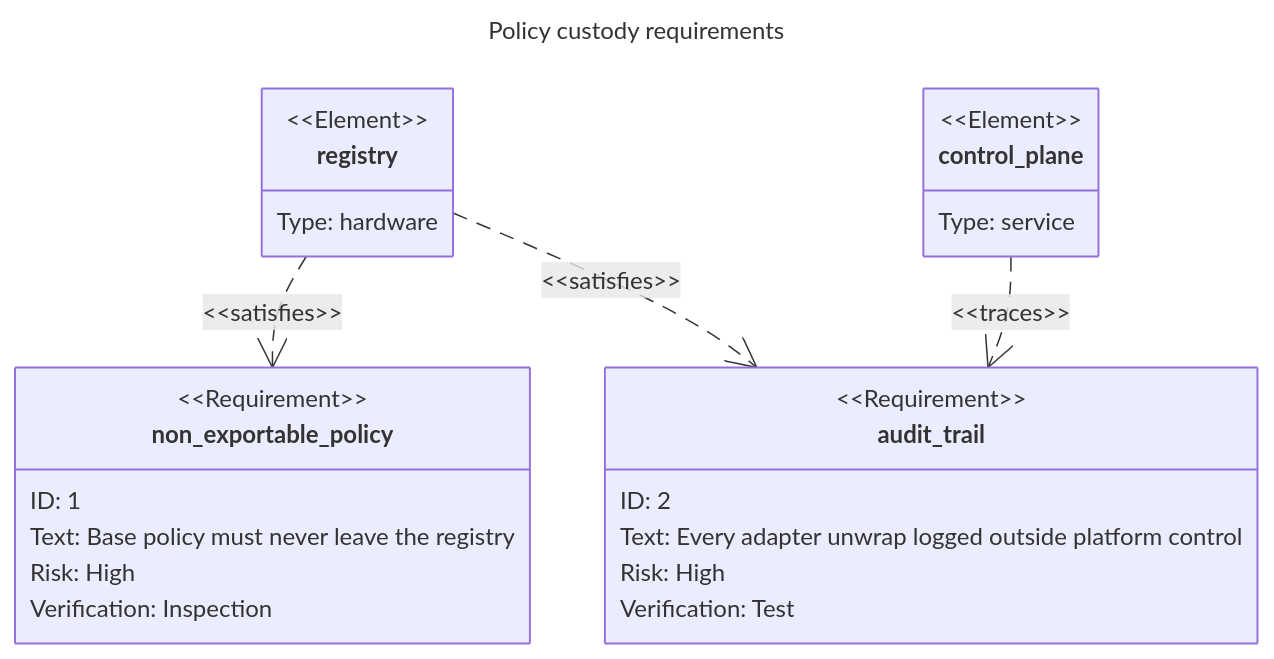
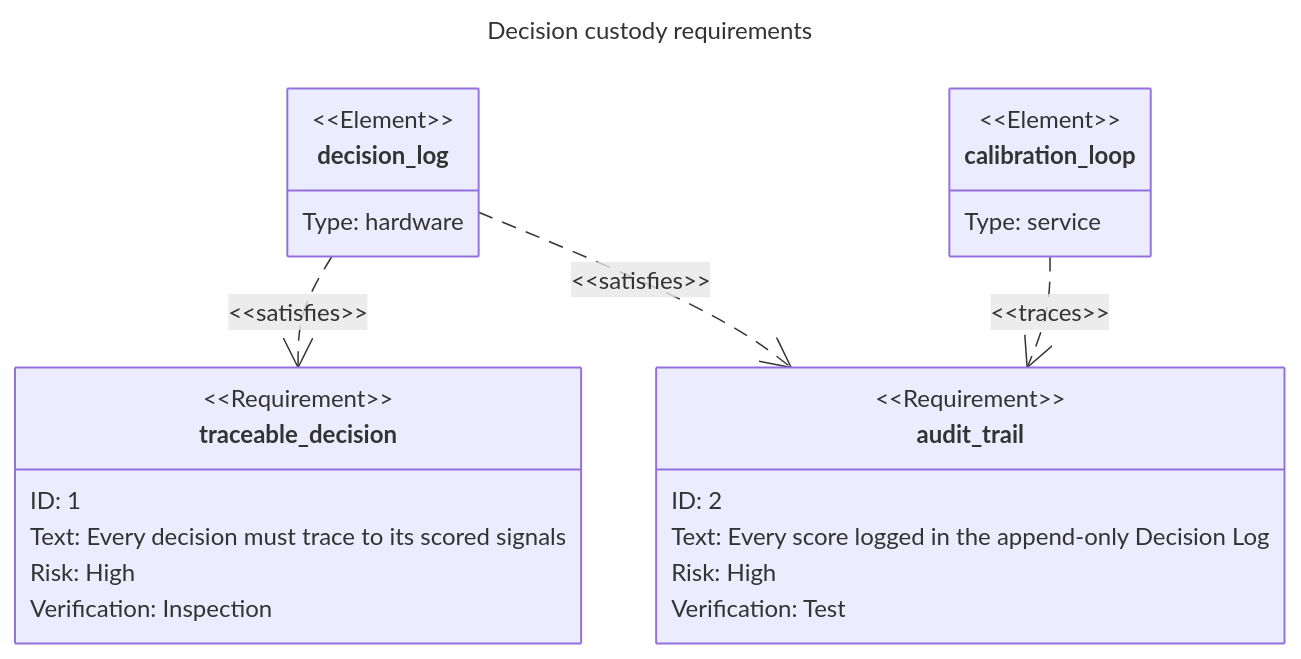
Before and after one commit to SlideWright/lattice: the tenth of 25 diagrams in lib/components/diagram/diagram/diagram.gallery.md, drawn with Mermaid. The commit also changed other lines of this file and 81 other files, not shown here.

````diff
--- a/lib/components/diagram/diagram/diagram.gallery.md
+++ b/lib/components/diagram/diagram/diagram.gallery.md
@@ -297,27 +297,27 @@
 ```mermaid
 ---
-title: Policy custody requirements
+title: Decision custody requirements
 ---
 requirementDiagram
-  requirement non_exportable_policy {
+  requirement traceable_decision {
     id: 1
-    text: "Base policy must never leave the registry"
+    text: "Every decision must trace to its scored signals"
     risk: high
     verifymethod: inspection
   }
   requirement audit_trail {
     id: 2
-    text: "Every adapter unwrap logged outside platform control"
+    text: "Every score logged in the append-only Decision Log"
     risk: high
     verifymethod: test
   }
-  element registry {
+  element decision_log {
     type: hardware
   }
-  element control_plane {
+  element calibration_loop {
     type: service
   }
-  registry - satisfies -> non_exportable_policy
-  registry - satisfies -> audit_trail
-  control_plane - traces -> audit_trail
+  decision_log - satisfies -> traceable_decision
+  decision_log - satisfies -> audit_trail
+  calibration_loop - traces -> audit_trail
 ```
````
